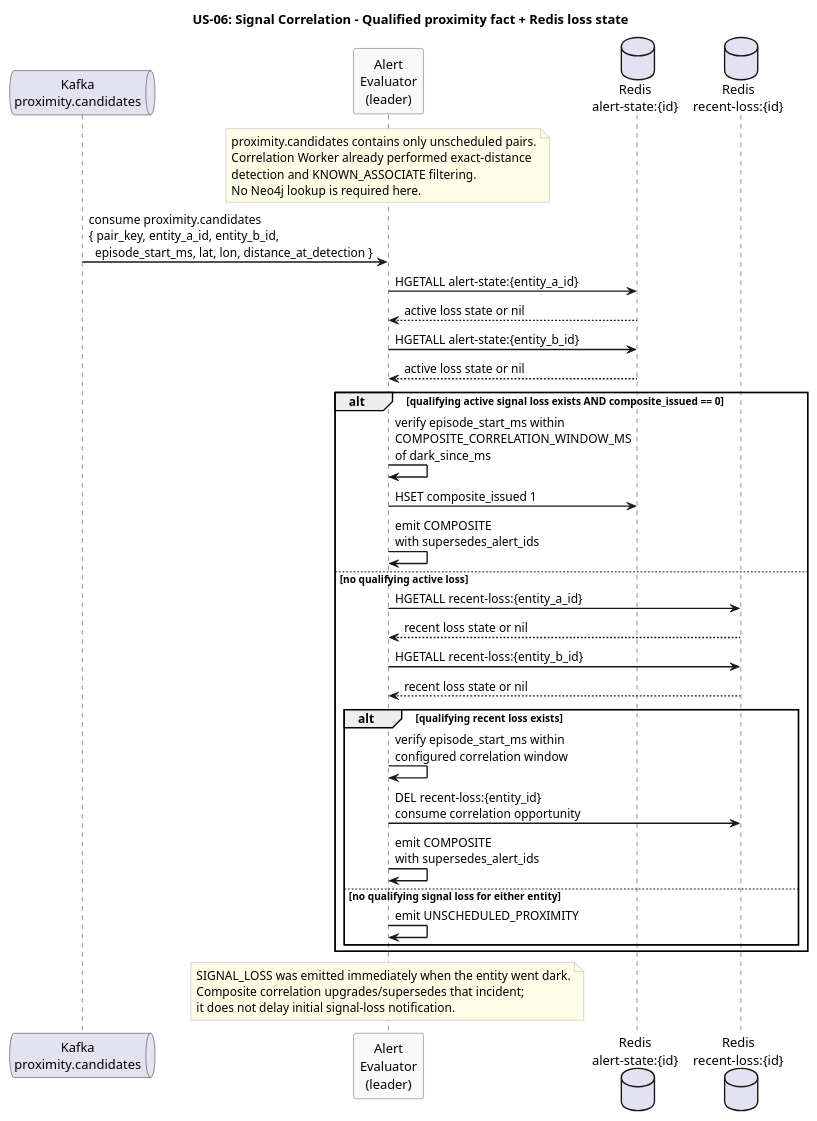
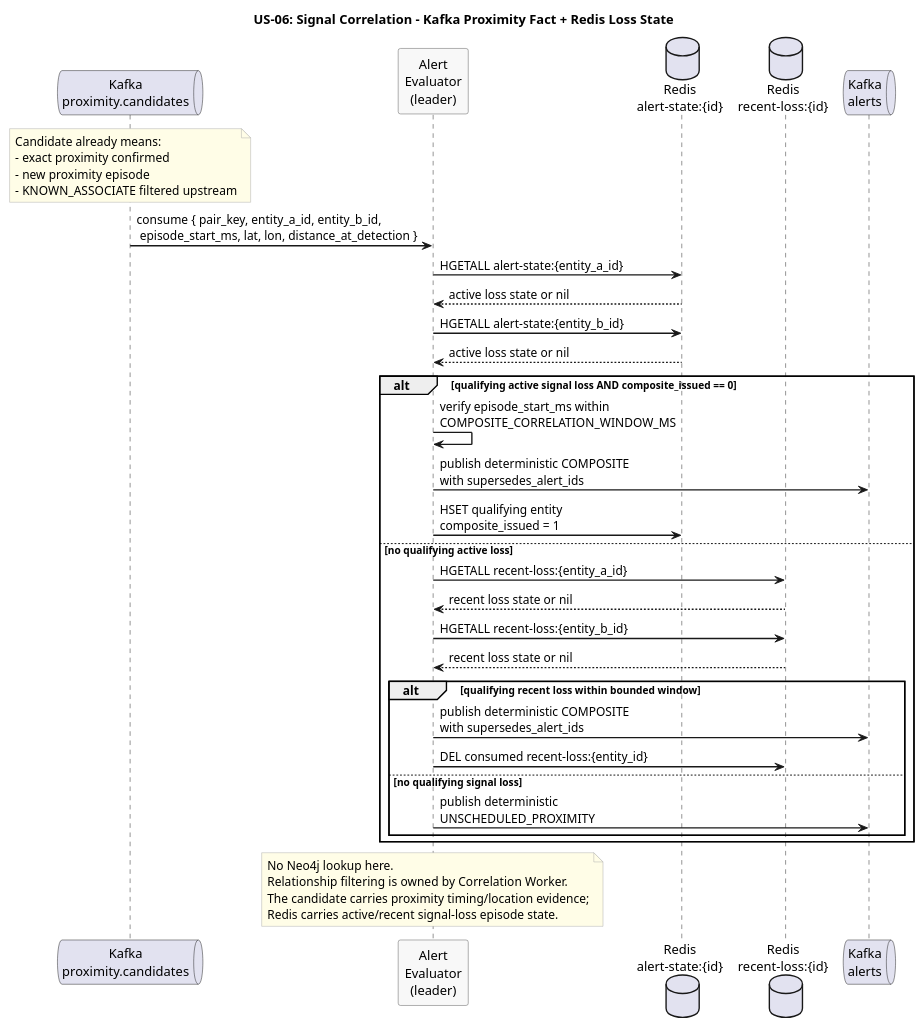
One commit to Buffden/sentinel changed the diagram in docs/use-cases/US-06-composite-alert/signal-correlation.puml. Above: the diagram before and after it, drawn with PlantUML. The commit also changed 27 other files, not shown here.

Commit message:
docs: align pre-coding contracts and diagrams

```diff
--- a/docs/use-cases/US-06-composite-alert/signal-correlation.puml
+++ b/docs/use-cases/US-06-composite-alert/signal-correlation.puml
@@ -1,54 +1,55 @@
 @startuml signal-correlation
-title US-06: Signal Correlation - Qualified proximity fact + Redis loss state
+title US-06: Signal Correlation - Kafka Proximity Fact + Redis Loss State
 
 skinparam sequenceArrowThickness 1.5
 skinparam participantBorderColor #555555
 skinparam participantBackgroundColor #F8F8F8
 skinparam noteBorderColor #AAAAAA
 skinparam noteBackgroundColor #FFFDE7
 
 queue "Kafka\nproximity.candidates" as ProxKafka
 participant "Alert\nEvaluator\n(leader)" as Evaluator
 database "Redis\nalert-state:{id}" as AlertState
 database "Redis\nrecent-loss:{id}" as RecentLoss
+queue "Kafka\nalerts" as Alerts
 
-note over Evaluator
-  proximity.candidates contains only unscheduled pairs.
-  Correlation Worker already performed exact-distance
-  detection and KNOWN_ASSOCIATE filtering.
-  No Neo4j lookup is required here.
+note over ProxKafka
+  Candidate already means:
+  - exact proximity confirmed
+  - new proximity episode
+  - KNOWN_ASSOCIATE filtered upstream
 end note
 
-ProxKafka -> Evaluator : consume proximity.candidates\n{ pair_key, entity_a_id, entity_b_id,\n  episode_start_ms, lat, lon, distance_at_detection }
+ProxKafka -> Evaluator : consume { pair_key, entity_a_id, entity_b_id,\n episode_start_ms, lat, lon, distance_at_detection }
 
 Evaluator -> AlertState : HGETALL alert-state:{entity_a_id}
 AlertState --> Evaluator : active loss state or nil
 Evaluator -> AlertState : HGETALL alert-state:{entity_b_id}
 AlertState --> Evaluator : active loss state or nil
 
-alt qualifying active signal loss exists AND composite_issued == 0
-  Evaluator -> Evaluator : verify episode_start_ms within\nCOMPOSITE_CORRELATION_WINDOW_MS\nof dark_since_ms
-  Evaluator -> AlertState : HSET composite_issued 1
-  Evaluator -> Evaluator : emit COMPOSITE\nwith supersedes_alert_ids
+alt qualifying active signal loss AND composite_issued == 0
+  Evaluator -> Evaluator : verify episode_start_ms within\nCOMPOSITE_CORRELATION_WINDOW_MS
+  Evaluator -> Alerts : publish deterministic COMPOSITE\nwith supersedes_alert_ids
+  Evaluator -> AlertState : HSET qualifying entity\ncomposite_issued = 1
 else no qualifying active loss
   Evaluator -> RecentLoss : HGETALL recent-loss:{entity_a_id}
   RecentLoss --> Evaluator : recent loss state or nil
   Evaluator -> RecentLoss : HGETALL recent-loss:{entity_b_id}
   RecentLoss --> Evaluator : recent loss state or nil
 
-  alt qualifying recent loss exists
-    Evaluator -> Evaluator : verify episode_start_ms within\nconfigured correlation window
-    Evaluator -> RecentLoss : DEL recent-loss:{entity_id}\nconsume correlation opportunity
-    Evaluator -> Evaluator : emit COMPOSITE\nwith supersedes_alert_ids
-  else no qualifying signal loss for either entity
-    Evaluator -> Evaluator : emit UNSCHEDULED_PROXIMITY
+  alt qualifying recent loss within bounded window
+    Evaluator -> Alerts : publish deterministic COMPOSITE\nwith supersedes_alert_ids
+    Evaluator -> RecentLoss : DEL consumed recent-loss:{entity_id}
+  else no qualifying signal loss
+    Evaluator -> Alerts : publish deterministic\nUNSCHEDULED_PROXIMITY
   end
 end
 
 note over Evaluator
-  SIGNAL_LOSS was emitted immediately when the entity went dark.
-  Composite correlation upgrades/supersedes that incident;
-  it does not delay initial signal-loss notification.
+  No Neo4j lookup here.
+  Relationship filtering is owned by Correlation Worker.
+  The candidate carries proximity timing/location evidence;
+  Redis carries active/recent signal-loss episode state.
 end note
 
 @enduml
```
